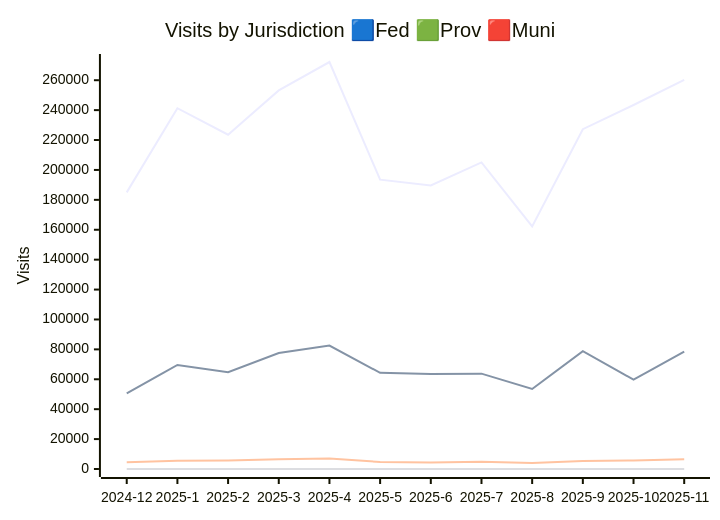
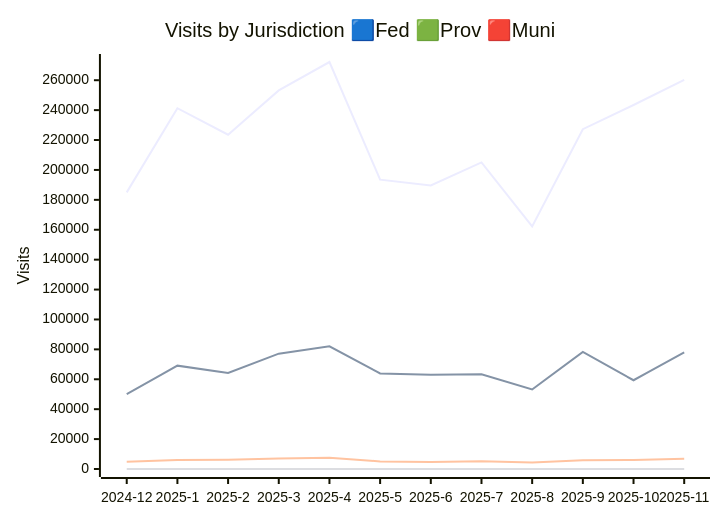
The second of 3 diagrams in JURISDICTION_ANALYTICS_REPORT/readme.md (open-data/analytics-corporate-reporting), drawn with Mermaid before and after one commit. The commit also changed other lines of this file and 3 other files, not shown here.

````diff
--- a/JURISDICTION_ANALYTICS_REPORT/readme.md
+++ b/JURISDICTION_ANALYTICS_REPORT/readme.md
@@ -27,11 +27,11 @@
 ```mermaid
 
 xychart-beta
     title "Visits by Jurisdiction 🟦Fed 🟩Prov 🟥Muni"
     x-axis [2024-12, 2025-1, 2025-2, 2025-3, 2025-4, 2025-5, 2025-6, 2025-7, 2025-8, 2025-9, 2025-10, 2025-11]
     y-axis "Visits" 0 --> 272184
     line [184987, 241281, 223560, 253204, 272174, 193520, 189613, 205048, 162241, 227241, 243414, 260165]
-    line [50608, 69583, 64674, 77599, 82555, 64294, 63527, 63759, 53493, 78810, 59729, 78507]
-    line [4465, 5472, 5763, 6509, 7088, 4687, 4331, 4826, 4076, 5344, 5730, 6499]
+    line [50149, 69107, 64203, 77115, 82079, 63929, 63114, 63329, 53168, 78346, 59359, 78072]
+    line [4924, 5948, 6234, 6993, 7564, 5052, 4744, 5256, 4401, 5808, 6100, 6934]
     line [0, 0, 0, 0, 0, 0, 0, 0, 0, 0, 13, 7]
 ```
````
